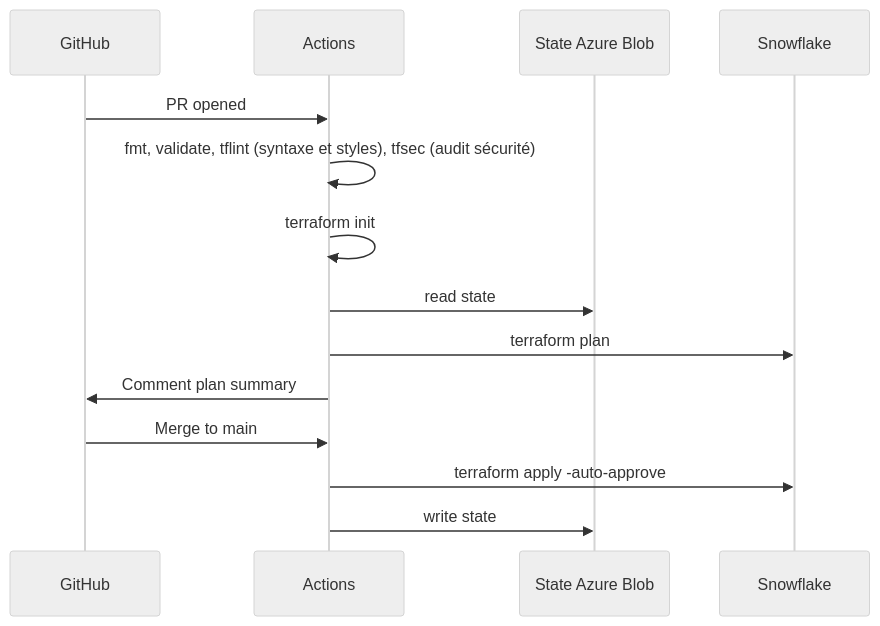
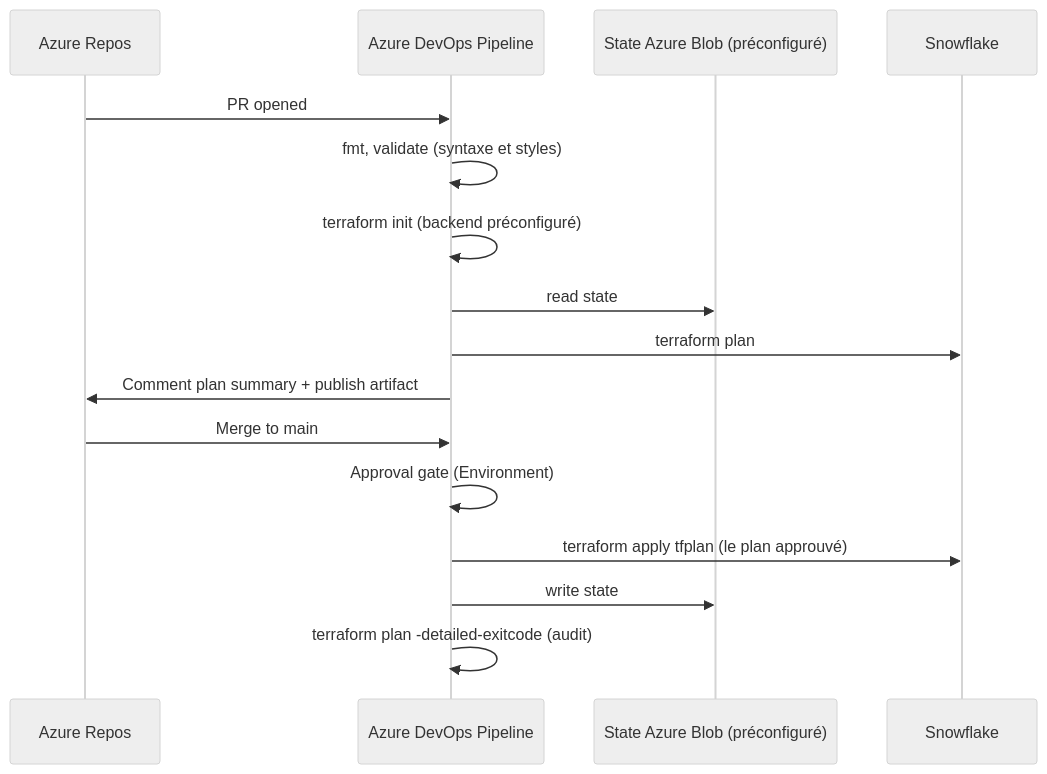
One commit to msellamiTN/data-plateform-iac changed the second of 2 diagrams in courses/day-04/module-07-cicd-pipeline/course.md. Above: the diagram before and after it, drawn with Mermaid (neutral theme). The commit also changed other lines of this file and 142 other files, not shown here.

````diff
--- a/courses/day-04/module-07-cicd-pipeline/course.md
+++ b/courses/day-04/module-07-cicd-pipeline/course.md
@@ -32,18 +32,20 @@
 ```mermaid
 sequenceDiagram
-    participant GH as GitHub
-    participant CI as Actions
-    participant Blob as State Azure Blob
+    participant REPOS as Azure Repos
+    participant ADO as Azure DevOps Pipeline
+    participant Blob as State Azure Blob (préconfiguré)
     participant SF as Snowflake
 
-    GH->>CI: PR opened
-    CI->>CI: fmt, validate, tflint (syntaxe et styles), tfsec (audit sécurité)
-    CI->>CI: terraform init
-    CI->>Blob: read state
-    CI->>SF: terraform plan
-    CI->>GH: Comment plan summary
+    REPOS->>ADO: PR opened
+    ADO->>ADO: fmt, validate (syntaxe et styles)
+    ADO->>ADO: terraform init (backend préconfiguré)
+    ADO->>Blob: read state
+    ADO->>SF: terraform plan
+    ADO->>REPOS: Comment plan summary + publish artifact
 
-    GH->>CI: Merge to main
-    CI->>SF: terraform apply -auto-approve
-    CI->>Blob: write state
+    REPOS->>ADO: Merge to main
+    ADO->>ADO: Approval gate (Environment)
+    ADO->>SF: terraform apply tfplan (le plan approuvé)
+    ADO->>Blob: write state
+    ADO->>ADO: terraform plan -detailed-exitcode (audit)
 ```
````
